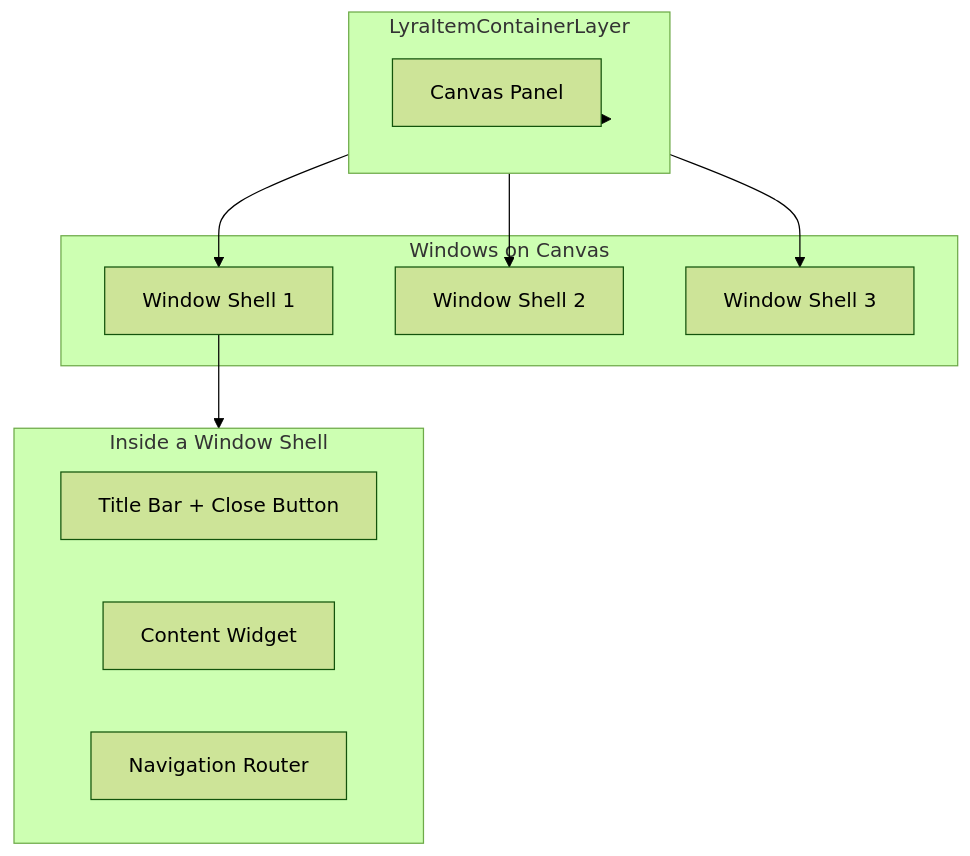
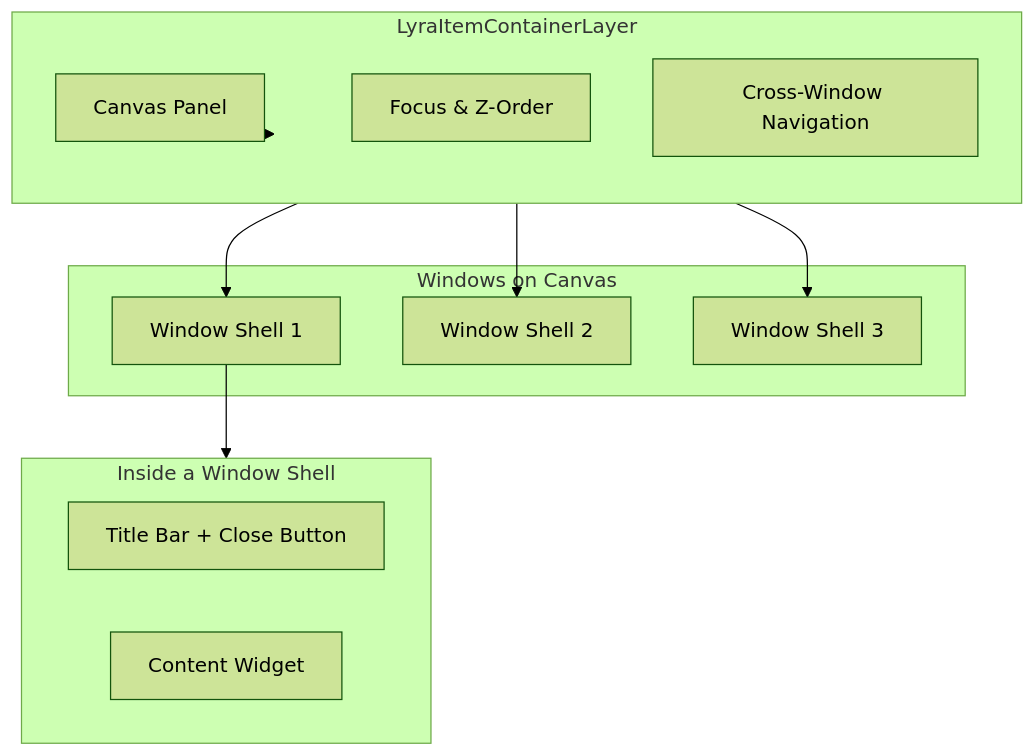
The third of 8 diagrams in outliyr-framework/docs/base-lyra-modified/ui/item-container-ui-system/core-architecture-and-data-structures/the-window-model.md (outliyr/outliyr-docs), drawn with Mermaid (forest theme) before and after one commit. The commit also changed other lines of this file and 33 other files, not shown here.

````diff
--- a/outliyr-framework/docs/base-lyra-modified/ui/item-container-ui-system/core-architecture-and-data-structures/the-window-model.md
+++ b/outliyr-framework/docs/base-lyra-modified/ui/item-container-ui-system/core-architecture-and-data-structures/the-window-model.md
@@ -61,25 +61,26 @@
 ```mermaid
 flowchart TB
     subgraph Layer ["LyraItemContainerLayer"]
         direction TB
         Canvas[Canvas Panel]
+        Focus[Focus & Z-Order]
+        Nav[Cross-Window Navigation]
     end
 
     subgraph Windows ["Windows on Canvas"]
         W1[Window Shell 1]
         W2[Window Shell 2]
         W3[Window Shell 3]
     end
 
     subgraph Shell ["Inside a Window Shell"]
         Chrome[Title Bar + Close Button]
         Content[Content Widget]
-        Router[Navigation Router]
     end
 
     Layer --> Canvas
     Canvas --> W1
     Canvas --> W2
     Canvas --> W3
     W1 --> Shell
 ```
````
